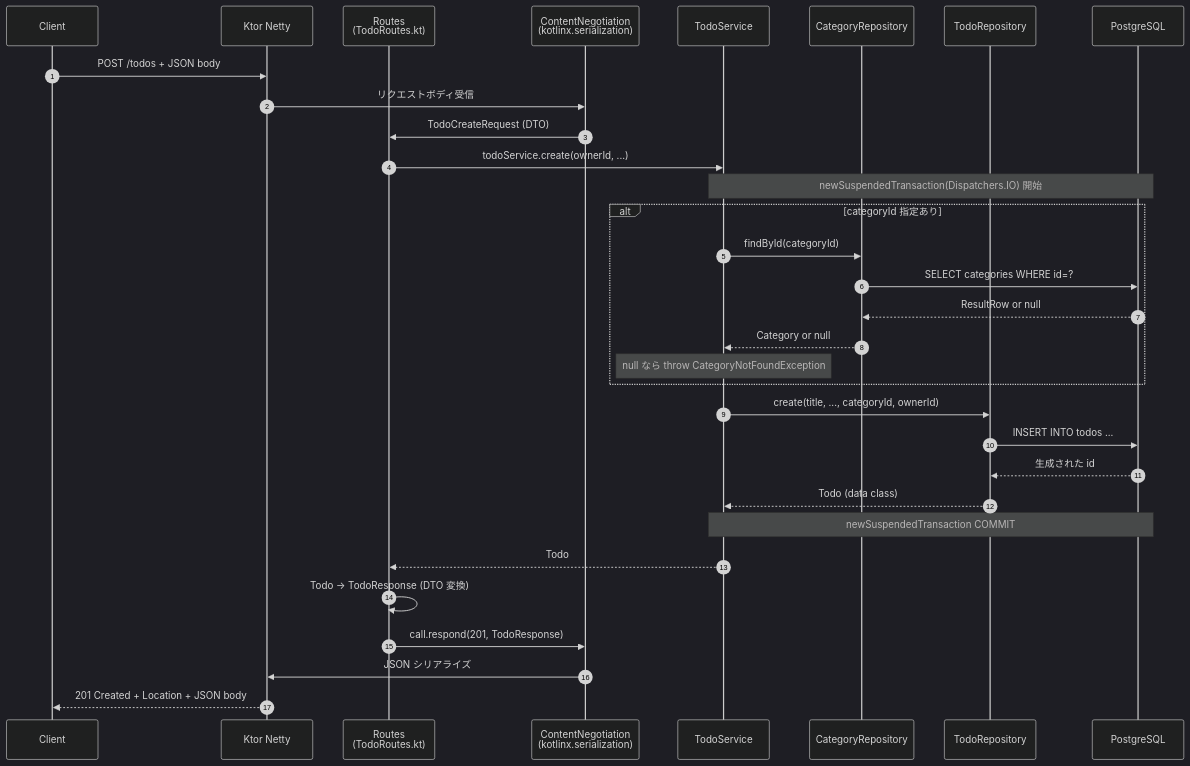
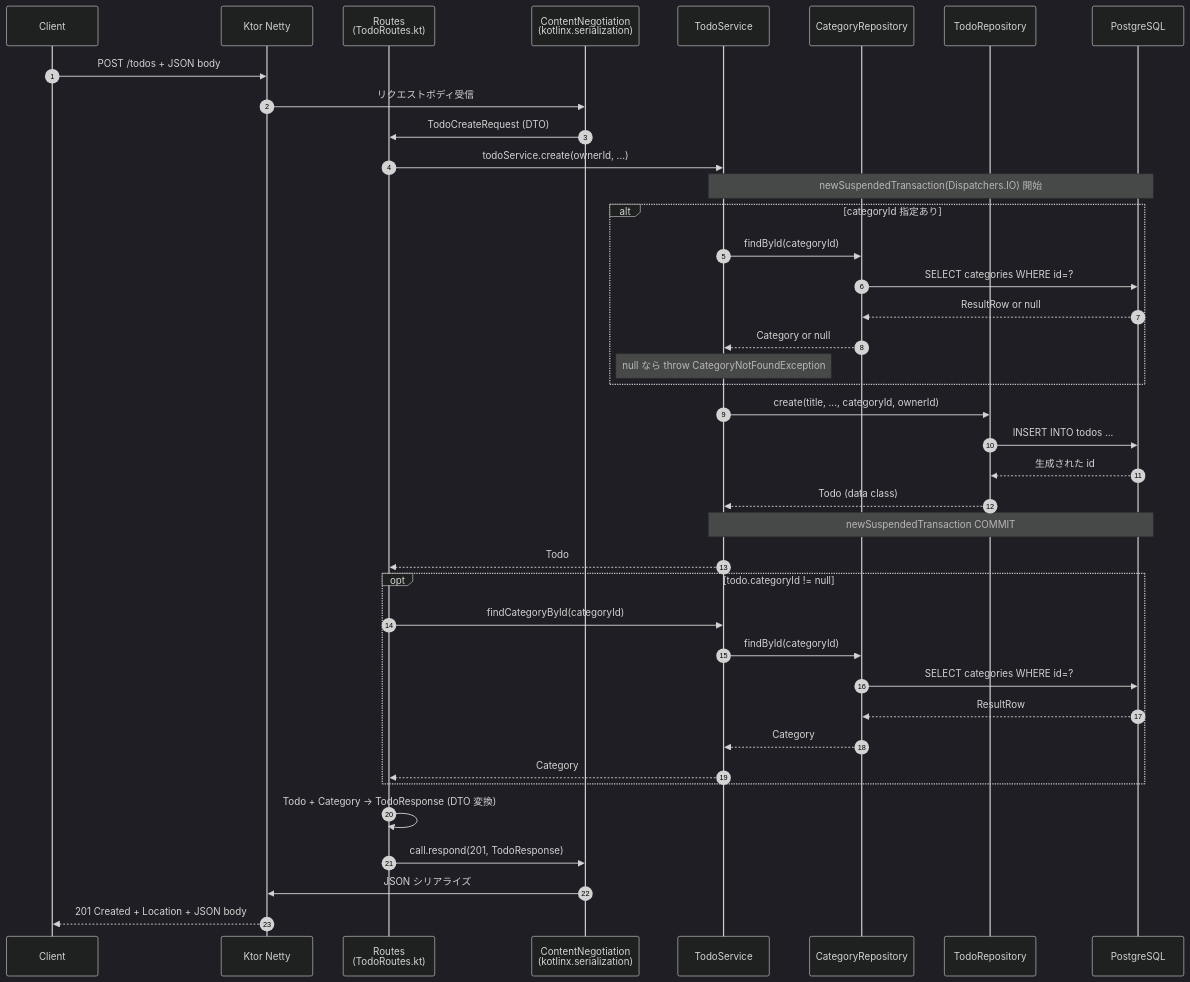
One commit to GenkiHashioka/kotlin-todo changed the second of 3 diagrams in docs/architecture.md. Above: the diagram before and after it, drawn with Mermaid (dark theme). The commit also changed other lines of this file and 2 other files, not shown here.

First line of the commit message:
docs: add phase 4.9 (b) journal and sync architecture doc

````diff
--- a/docs/architecture.md
+++ b/docs/architecture.md
@@ -174,40 +222,50 @@
 ```mermaid
 sequenceDiagram
     autonumber
     participant C as Client
     participant K as Ktor Netty
     participant R as Routes<br/>(TodoRoutes.kt)
     participant CN as ContentNegotiation<br/>(kotlinx.serialization)
     participant S as TodoService
     participant CR as CategoryRepository
     participant TR as TodoRepository
     participant DB as PostgreSQL
 
     C->>K: POST /todos + JSON body
     K->>CN: リクエストボディ受信
     CN->>R: TodoCreateRequest (DTO)
     R->>S: todoService.create(ownerId, ...)
 
     Note over S,DB: newSuspendedTransaction(Dispatchers.IO) 開始
 
     alt categoryId 指定あり
         S->>CR: findById(categoryId)
         CR->>DB: SELECT categories WHERE id=?
         DB-->>CR: ResultRow or null
         CR-->>S: Category or null
         Note over S: null なら throw CategoryNotFoundException
     end
 
     S->>TR: create(title, ..., categoryId, ownerId)
     TR->>DB: INSERT INTO todos ...
     DB-->>TR: 生成された id
     TR-->>S: Todo (data class)
 
     Note over S,DB: newSuspendedTransaction COMMIT
 
     S-->>R: Todo
-    R->>R: Todo → TodoResponse (DTO 変換)
+
+    opt todo.categoryId != null
+        R->>S: findCategoryById(categoryId)
+        S->>CR: findById(categoryId)
+        CR->>DB: SELECT categories WHERE id=?
+        DB-->>CR: ResultRow
+        CR-->>S: Category
+        S-->>R: Category
+    end
+
+    R->>R: Todo + Category → TodoResponse (DTO 変換)
     R->>CN: call.respond(201, TodoResponse)
     CN->>K: JSON シリアライズ
     K-->>C: 201 Created + Location + JSON body
 ```
````
